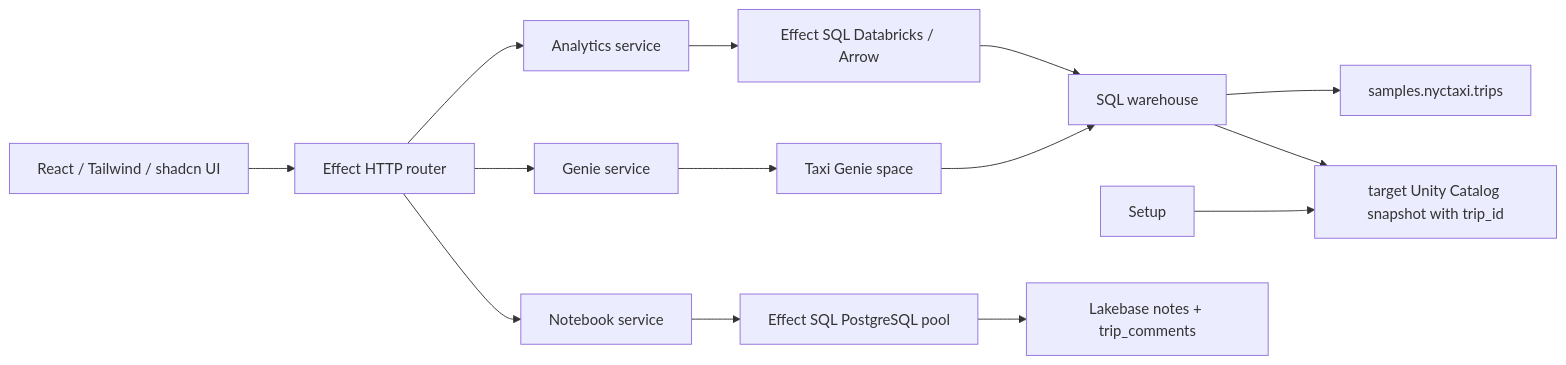
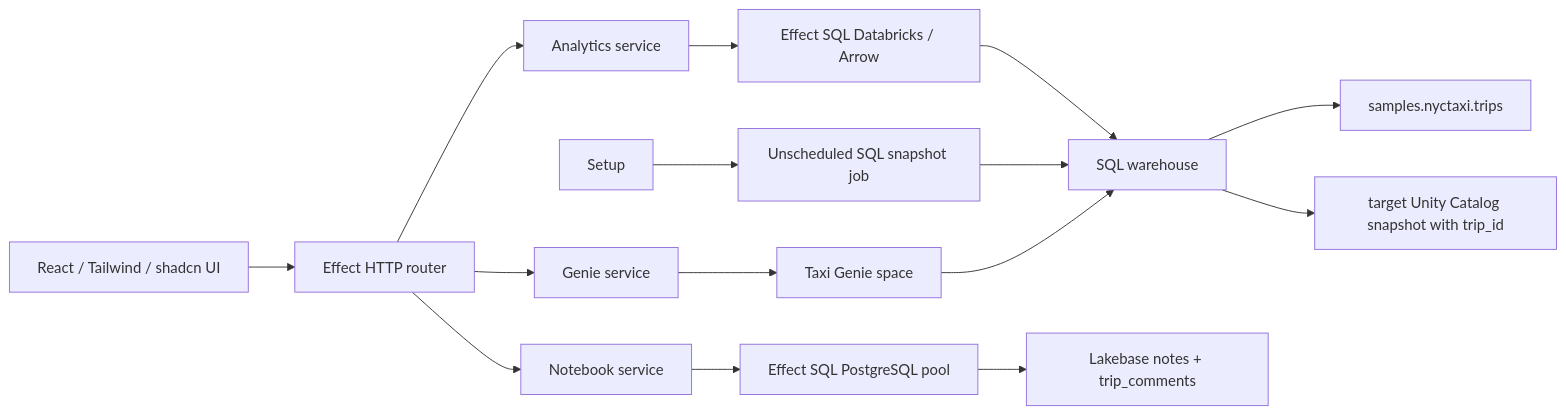
One commit to dsiem/effect-databricks-app changed the diagram in docs/data-access.md. Above: the diagram before and after it, drawn with Mermaid. The commit also changed other lines of this file and 9 other files, not shown here.

Commit message:
refactor: seed trip snapshots with a configurable SQL job

````diff
--- a/docs/data-access.md
+++ b/docs/data-access.md
@@ -3,16 +3,17 @@
 ```mermaid
 flowchart LR
   UI[React / Tailwind / shadcn UI] --> API[Effect HTTP router]
   API --> Analytics[Analytics service]
   Analytics --> Arrow[Effect SQL Databricks / Arrow]
   Arrow --> Warehouse[SQL warehouse]
   Warehouse --> Source[samples.nyctaxi.trips]
-  Setup --> Snapshot[target Unity Catalog snapshot with trip_id]
-  Warehouse --> Snapshot
+  Setup --> Seed[Unscheduled SQL snapshot job]
+  Seed --> Warehouse
+  Warehouse --> Snapshot[target Unity Catalog snapshot with trip_id]
   API --> Genie[Genie service]
   Genie --> Space[Taxi Genie space]
   Space --> Warehouse
   API --> Notebook[Notebook service]
   Notebook --> Pool[Effect SQL PostgreSQL pool]
   Pool --> Lakebase[Lakebase notes + trip_comments]
 ```
````
